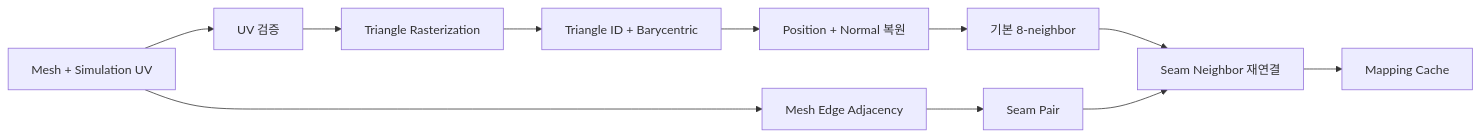
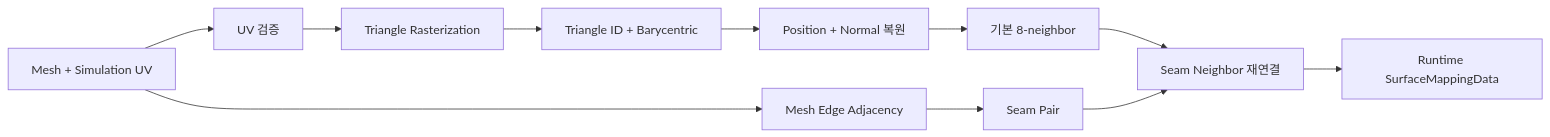
Before and after one commit to Yonaim/Material-Dependent-Surface-State-Engine: the diagram in Docs/MDSSP-Vault/05_Development/Notes/0000_Surface-Simulation-Mapping.md, drawn with Mermaid. The commit also changed other lines of this file and 17 other files, not shown here.

Commit message:
Docs: Runtime Surface 전처리 정책 반영

````diff
--- a/Docs/MDSSP-Vault/05_Development/Notes/0000_Surface-Simulation-Mapping.md
+++ b/Docs/MDSSP-Vault/05_Development/Notes/0000_Surface-Simulation-Mapping.md
@@ -53,13 +53,13 @@
 ```mermaid
 flowchart LR
   Mesh[Mesh + Simulation UV] --> Validate[UV 검증]
   Validate --> Raster[Triangle Rasterization]
   Raster --> Mapping[Triangle ID + Barycentric]
   Mapping --> Sample[Position + Normal 복원]
   Sample --> Grid[기본 8-neighbor]
   Mesh --> Topology[Mesh Edge Adjacency]
   Topology --> Seam[Seam Pair]
   Grid --> Stitch[Seam Neighbor 재연결]
   Seam --> Stitch
-  Stitch --> Result[Mapping Cache]
+  Stitch --> Result[Runtime SurfaceMappingData]
 ```
````
